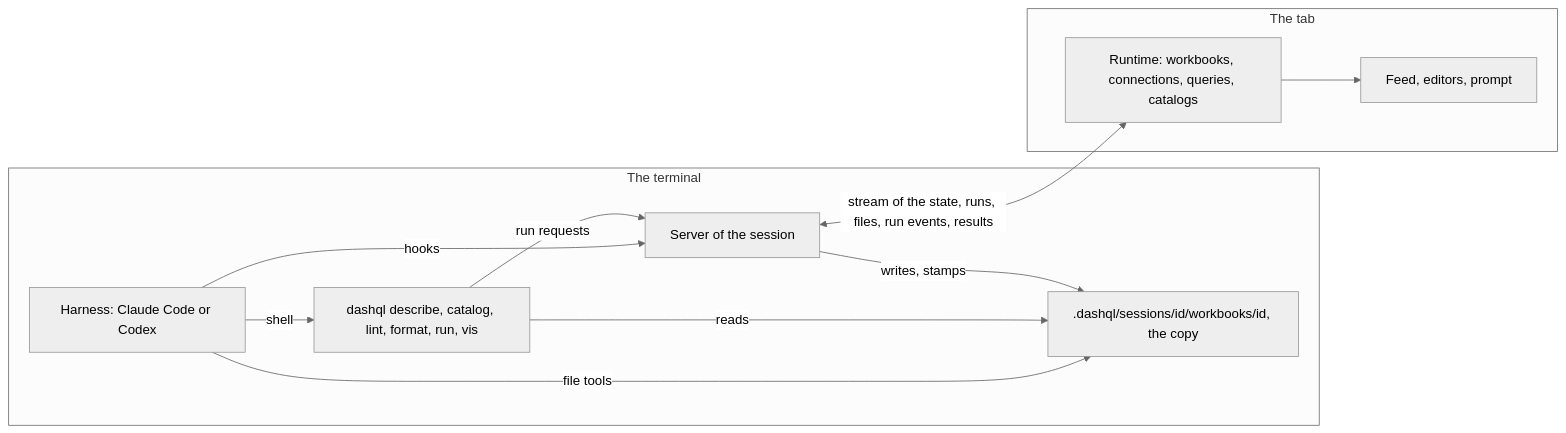
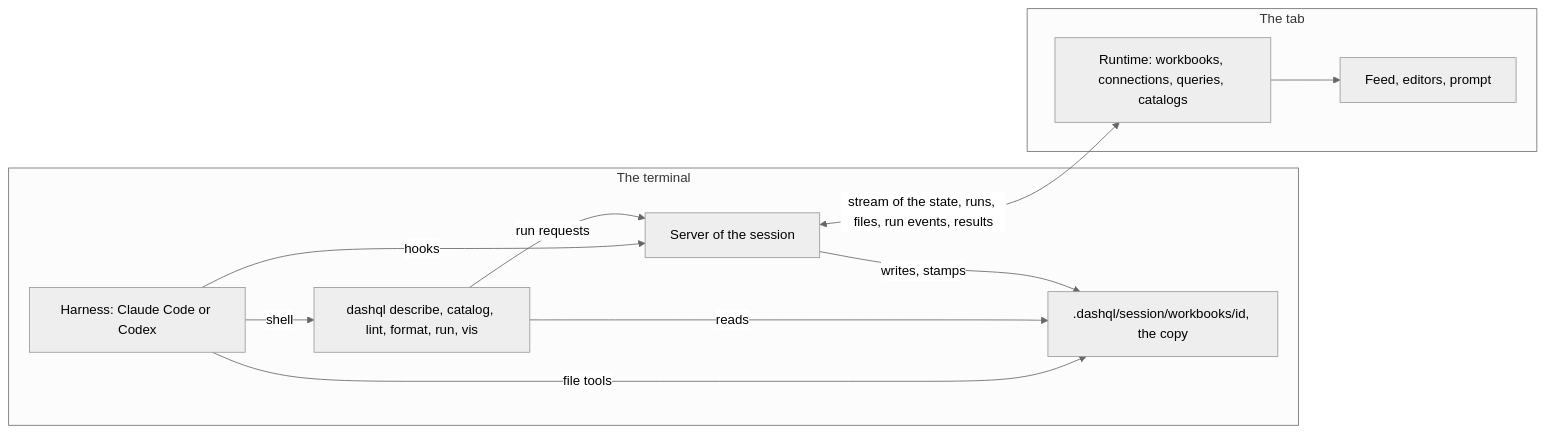
The first of 2 diagrams in docs/design/agent_integration.md (ankoh/dashql), drawn with Mermaid (neutral theme) before and after one commit. The commit also changed other lines of this file and 30 other files, not shown here.

````diff
--- a/docs/design/agent_integration.md
+++ b/docs/design/agent_integration.md
@@ -22,17 +22,17 @@
 ```mermaid
 flowchart LR
     subgraph Terminal[The terminal]
         H["Harness: Claude Code or Codex"] -->|hooks| S["Server of the session"]
         H -->|shell| C["dashql describe, catalog, lint, format, run, vis"]
-        H -->|file tools| F[".dashql/sessions/id/workbooks/id, the copy"]
+        H -->|file tools| F[".dashql/session/workbooks/id, the copy"]
         C -->|reads| F
         C -->|run requests| S
         S -->|writes, stamps| F
     end
     subgraph Tab[The tab]
         R["Runtime: workbooks, connections, queries, catalogs"]
         U["Feed, editors, prompt"]
         R --> U
     end
     S <-->|stream of the state, runs, files, run events, results| R
 ```
````
